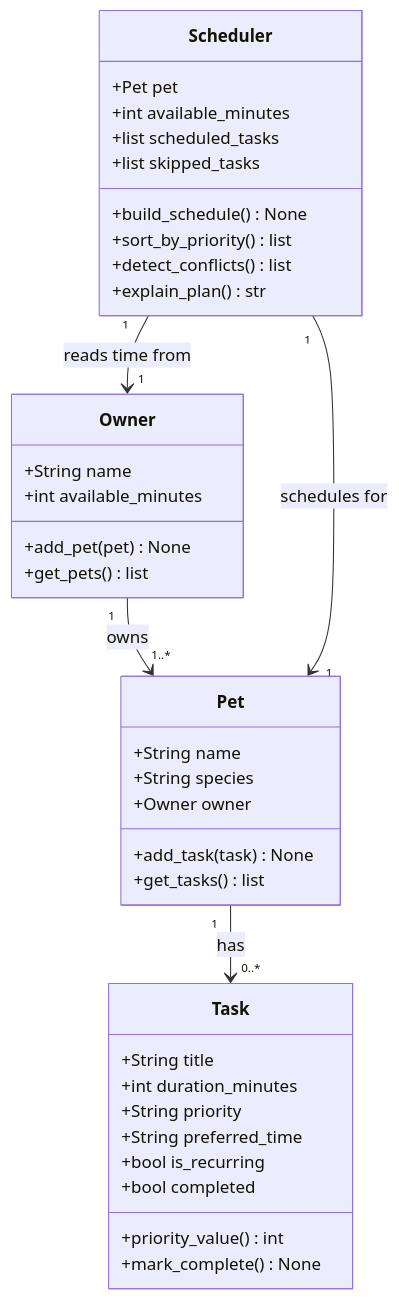
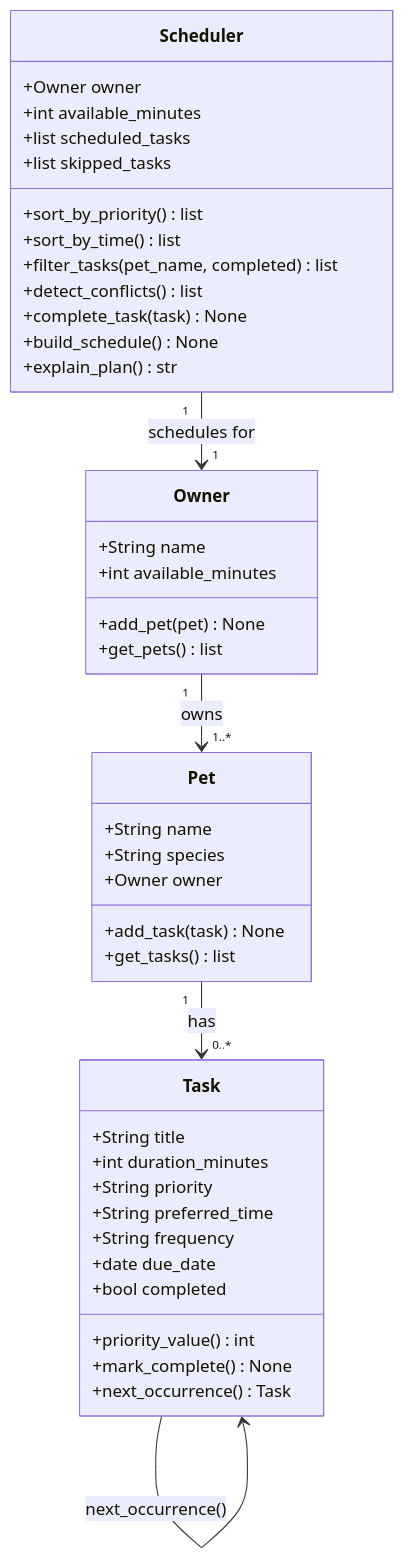
The diagram in uml.md (LeraST06/ai110-module2show-pawpal-starter), drawn with Mermaid before and after one commit. The commit also changed other lines of this file and 8 other files, not shown here.

````diff
--- a/uml.md
+++ b/uml.md
@@ -5,44 +7,49 @@
 ```mermaid
 classDiagram
     class Owner {
         +String name
         +int available_minutes
         +add_pet(pet) None
         +get_pets() list
     }
 
     class Pet {
         +String name
         +String species
         +Owner owner
         +add_task(task) None
         +get_tasks() list
     }
 
     class Task {
         +String title
         +int duration_minutes
         +String priority
         +String preferred_time
-        +bool is_recurring
+        +String frequency
+        +date due_date
         +bool completed
         +priority_value() int
         +mark_complete() None
+        +next_occurrence() Task
     }
 
     class Scheduler {
-        +Pet pet
+        +Owner owner
         +int available_minutes
         +list scheduled_tasks
         +list skipped_tasks
+        +sort_by_priority() list
+        +sort_by_time() list
+        +filter_tasks(pet_name, completed) list
+        +detect_conflicts() list
+        +complete_task(task) None
         +build_schedule() None
-        +sort_by_priority() list
-        +detect_conflicts() list
         +explain_plan() str
     }
 
     Owner "1" --> "1..*" Pet : owns
     Pet "1" --> "0..*" Task : has
-    Scheduler "1" --> "1" Pet : schedules for
-    Scheduler "1" --> "1" Owner : reads time from
+    Scheduler "1" --> "1" Owner : schedules for
+    Task --> Task : next_occurrence()
 ```
````
